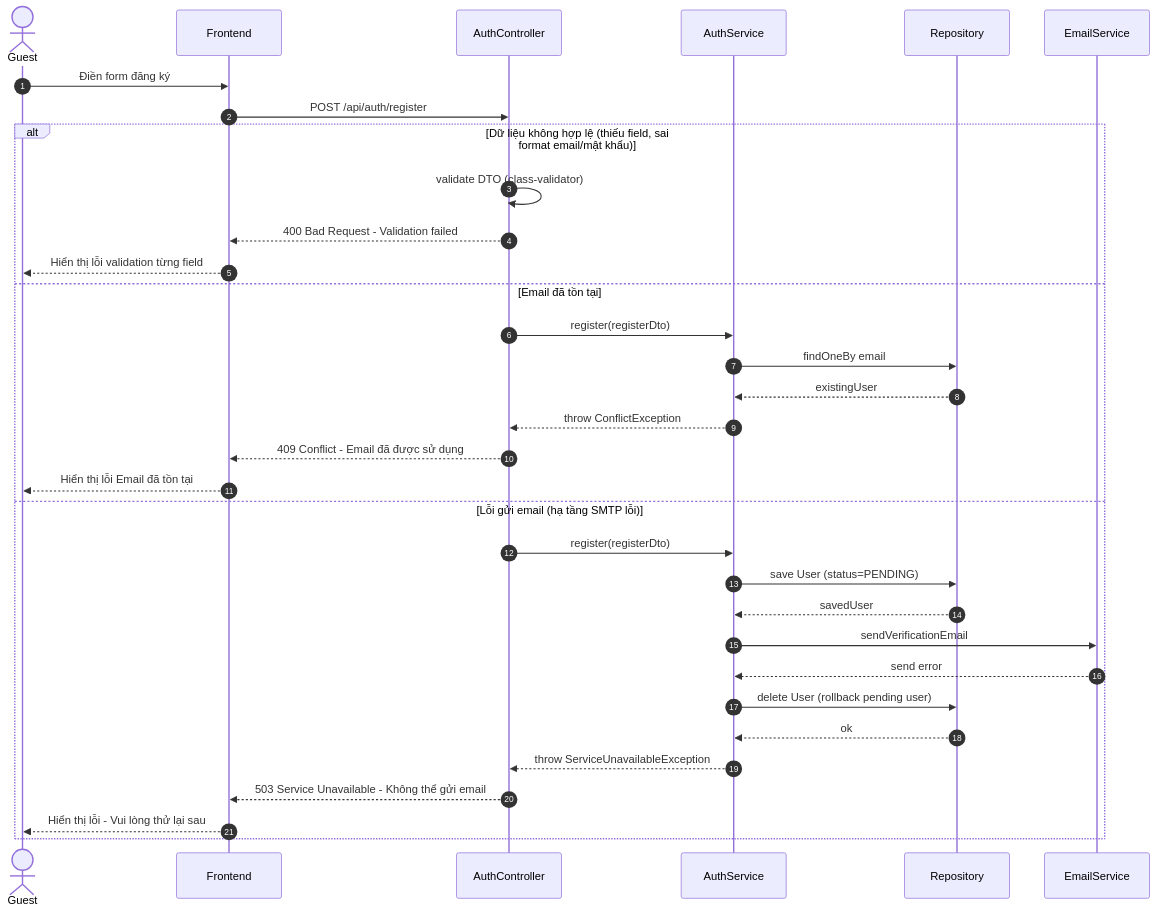
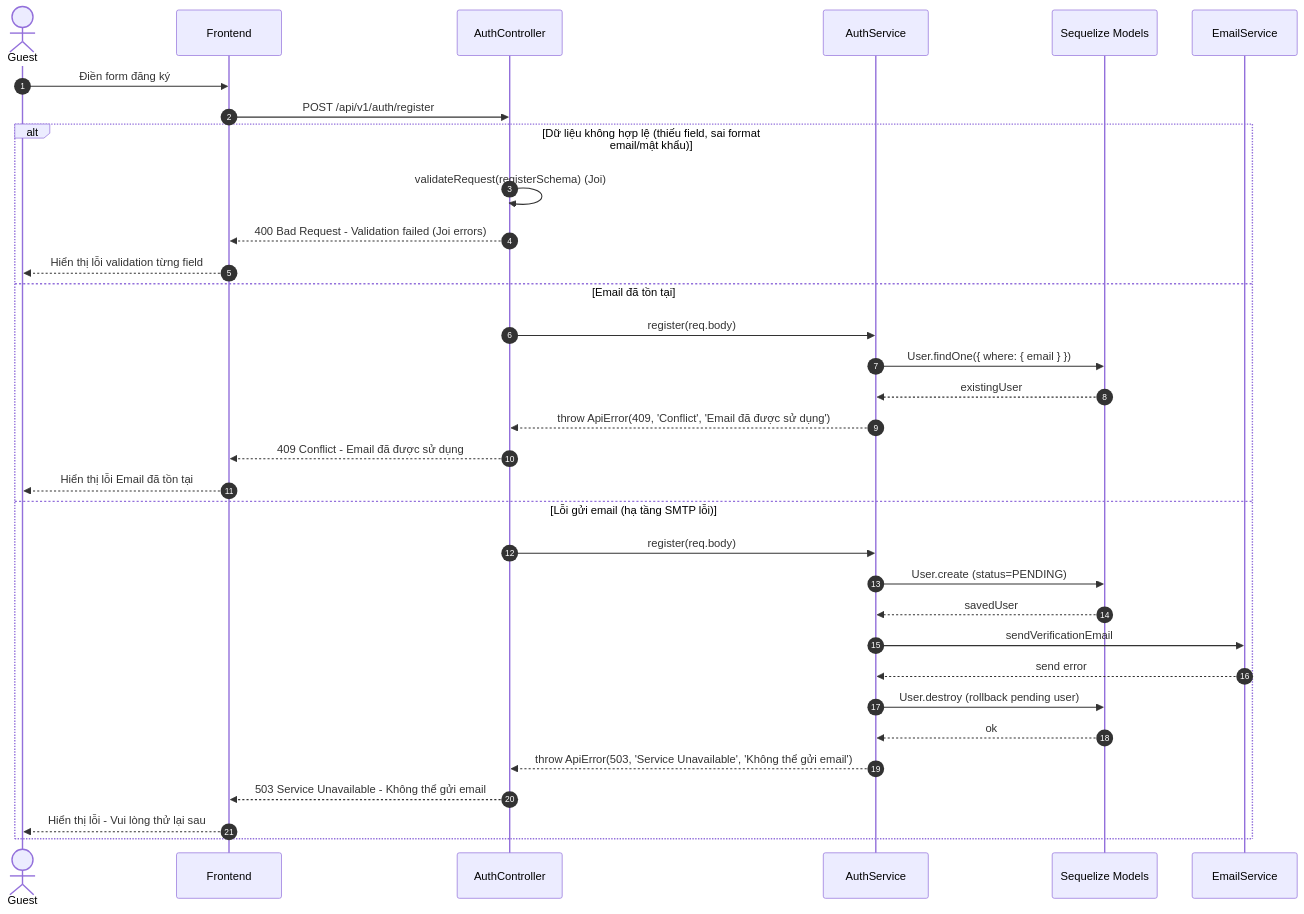
The second of 4 diagrams in docs/sequences/seq-auth-001.md (dunghvd79/eduverse), drawn with Mermaid before and after one commit. The commit also changed other lines of this file and 11 other files, not shown here.

Commit message:
docs: synchronize sequence diagrams and API conventions to Express.js and Sequelize

````diff
--- a/docs/sequences/seq-auth-001.md
+++ b/docs/sequences/seq-auth-001.md
@@ -48,37 +49,37 @@
 ```mermaid
 sequenceDiagram
     autonumber
     actor User as Guest
     participant FE as Frontend
     participant CTRL as AuthController
     participant SVC as AuthService
-    participant DB as Repository
+    participant DB as Sequelize Models
     participant EXT as EmailService
 
     User->>FE: Điền form đăng ký
-    FE->>CTRL: POST /api/auth/register
+    FE->>CTRL: POST /api/v1/auth/register
 
     alt Dữ liệu không hợp lệ (thiếu field, sai format email/mật khẩu)
-        CTRL->>CTRL: validate DTO (class-validator)
-        CTRL-->>FE: 400 Bad Request - Validation failed
+        CTRL->>CTRL: validateRequest(registerSchema) (Joi)
+        CTRL-->>FE: 400 Bad Request - Validation failed (Joi errors)
         FE-->>User: Hiển thị lỗi validation từng field
     else Email đã tồn tại
-        CTRL->>SVC: register(registerDto)
-        SVC->>DB: findOneBy email
+        CTRL->>SVC: register(req.body)
+        SVC->>DB: User.findOne({ where: { email } })
         DB-->>SVC: existingUser
-        SVC-->>CTRL: throw ConflictException
+        SVC-->>CTRL: throw ApiError(409, 'Conflict', 'Email đã được sử dụng')
         CTRL-->>FE: 409 Conflict - Email đã được sử dụng
         FE-->>User: Hiển thị lỗi Email đã tồn tại
     else Lỗi gửi email (hạ tầng SMTP lỗi)
-        CTRL->>SVC: register(registerDto)
-        SVC->>DB: save User (status=PENDING)
+        CTRL->>SVC: register(req.body)
+        SVC->>DB: User.create (status=PENDING)
         DB-->>SVC: savedUser
         SVC->>EXT: sendVerificationEmail
         EXT-->>SVC: send error
-        SVC->>DB: delete User (rollback pending user)
+        SVC->>DB: User.destroy (rollback pending user)
         DB-->>SVC: ok
-        SVC-->>CTRL: throw ServiceUnavailableException
+        SVC-->>CTRL: throw ApiError(503, 'Service Unavailable', 'Không thể gửi email')
         CTRL-->>FE: 503 Service Unavailable - Không thể gửi email
         FE-->>User: Hiển thị lỗi - Vui lòng thử lại sau
     end
 ```
````
